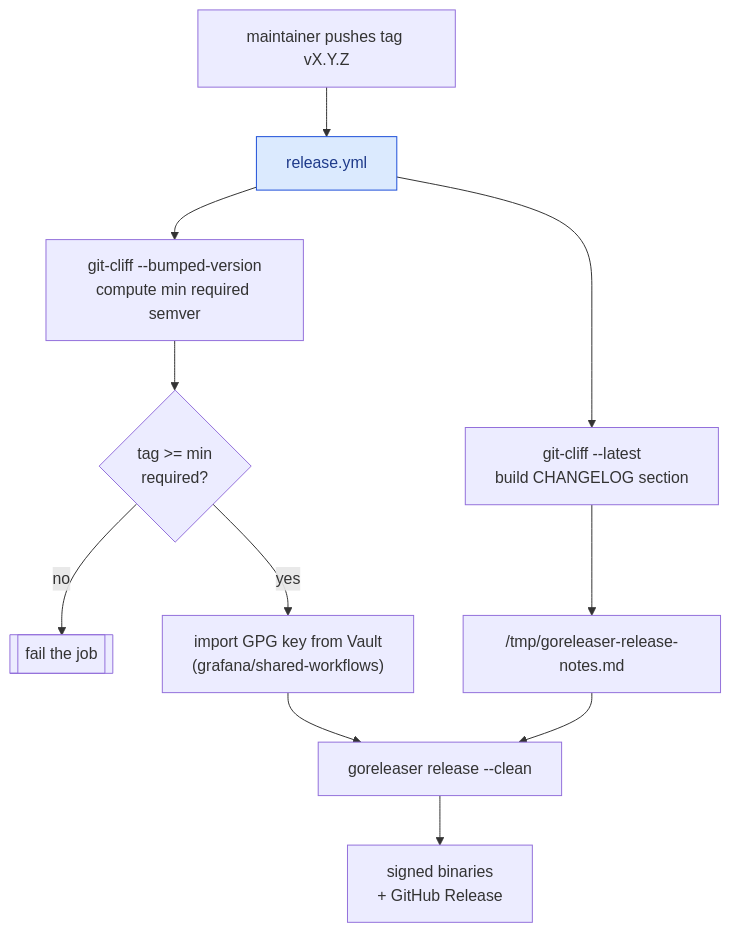
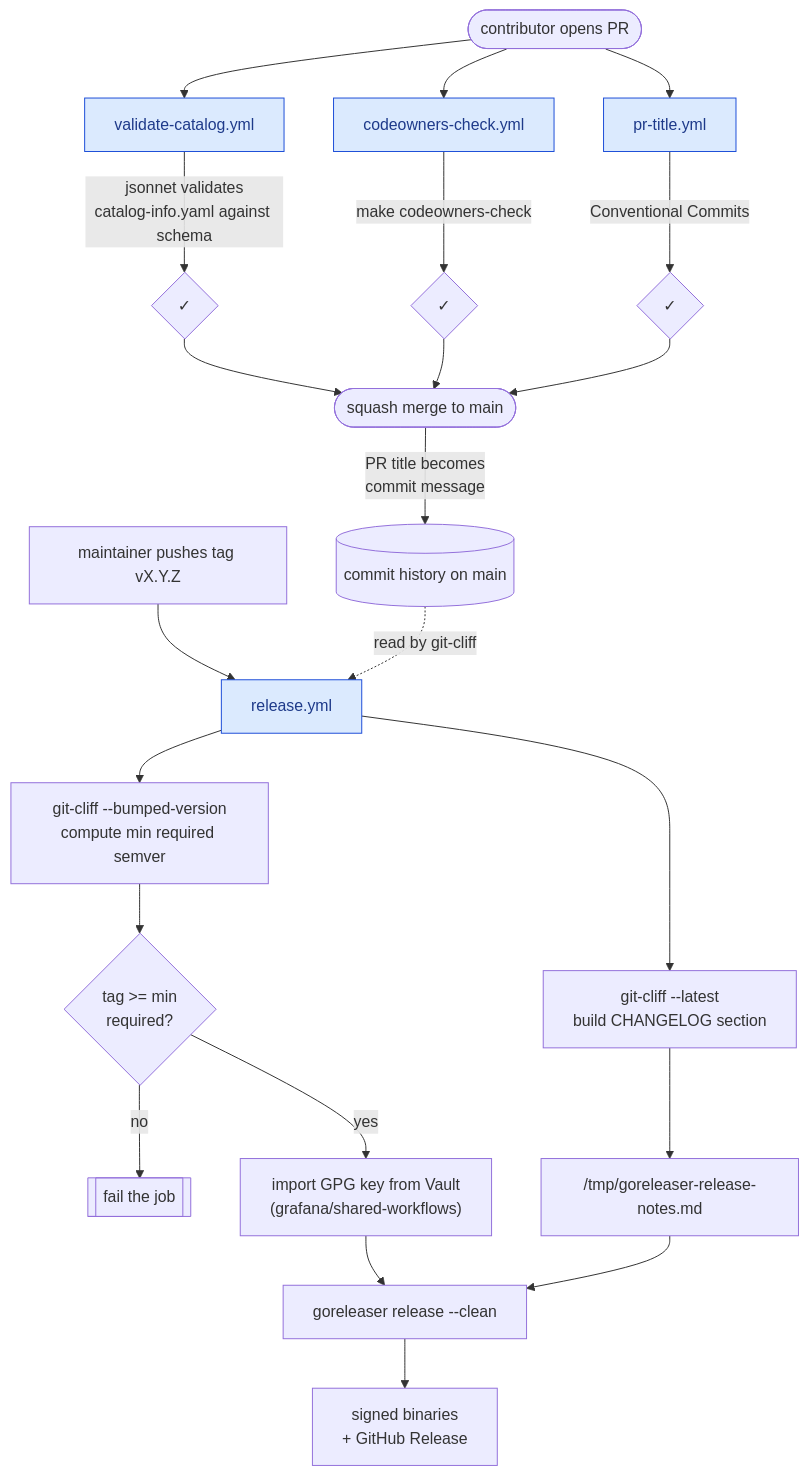
Before and after one commit to grafana/terraform-provider-grafana: the second of 2 diagrams in .github/README.md, drawn with Mermaid. The commit also changed other lines of this file, not shown here.

First line of the commit message:
docs(github): merge PR and release pipelines into one flow

````diff
--- a/.github/README.md
+++ b/.github/README.md
@@ -163,18 +64,31 @@
 ```mermaid
 flowchart TD
-    tag["maintainer pushes tag vX.Y.Z"]
-    tag --> rel[release.yml]
+    prc([contributor opens PR]) --> vc[validate-catalog.yml]
+    prc --> coc[codeowners-check.yml]
+    prc --> ptl[pr-title.yml]
+
+    vc -->|jsonnet validates<br/>catalog-info.yaml against schema| ok1{✓}
+    coc -->|make codeowners-check| ok2{✓}
+    ptl -->|Conventional Commits| ok3{✓}
+
+    ok1 --> merge([squash merge to main])
+    ok2 --> merge
+    ok3 --> merge
+    merge -->|PR title becomes<br/>commit message| history[(commit history on main)]
+
+    tag["maintainer pushes tag vX.Y.Z"] --> rel[release.yml]
+    history -.->|read by git-cliff| rel
 
     rel --> cliff1["git-cliff --latest<br/>build CHANGELOG section"]
     rel --> cliff2["git-cliff --bumped-version<br/>compute min required semver"]
     cliff2 --> gate{"tag &gt;= min<br/>required?"}
     gate -- no --> fail[[fail the job]]
     gate -- yes --> gpg["import GPG key from Vault<br/>(grafana/shared-workflows)"]
     cliff1 --> notes["/tmp/goreleaser-release-notes.md"]
     gpg --> gor[goreleaser release --clean]
     notes --> gor
     gor --> artifacts["signed binaries<br/>+ GitHub Release"]
 
     classDef workflow fill:#dbeafe,stroke:#1d4ed8,color:#1e3a8a;
-    class rel workflow;
+    class vc,coc,ptl,rel workflow;
 ```
````
